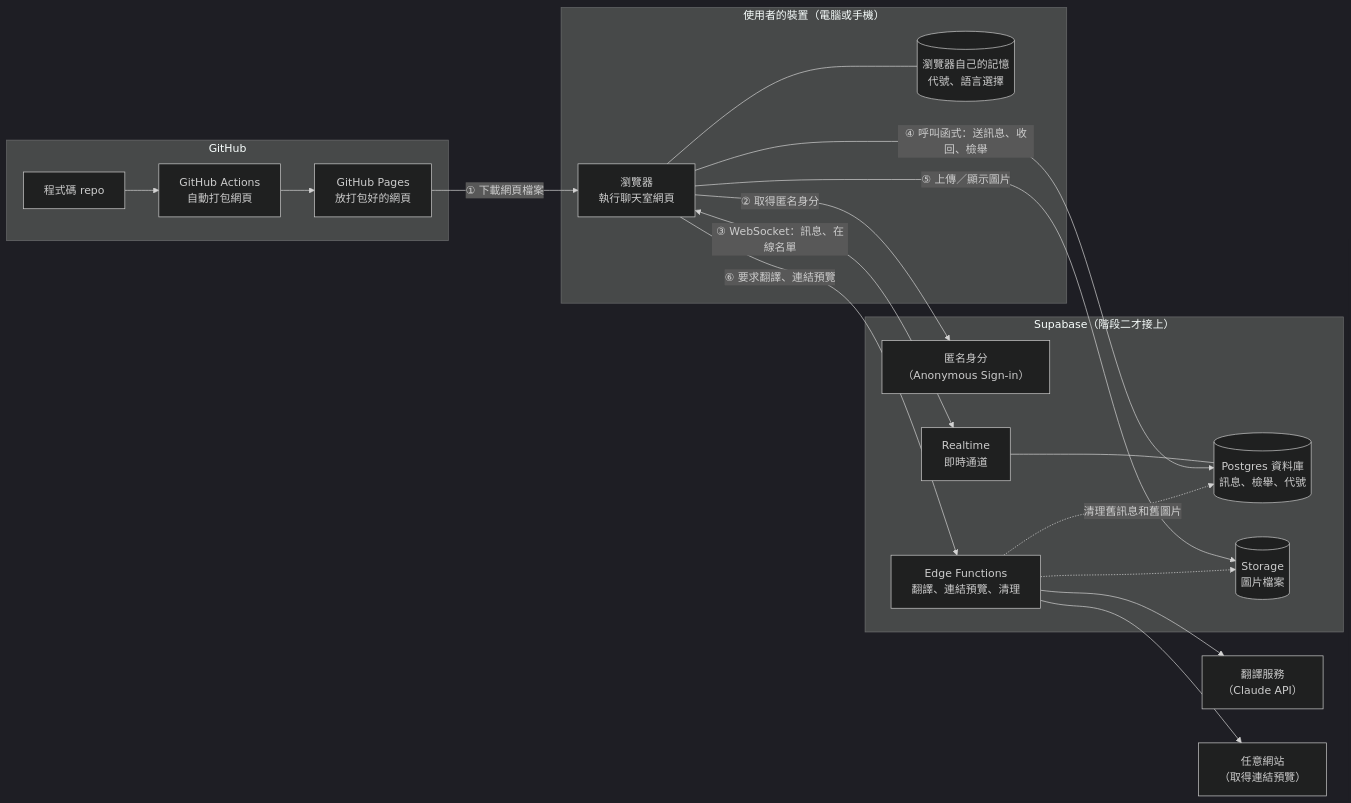
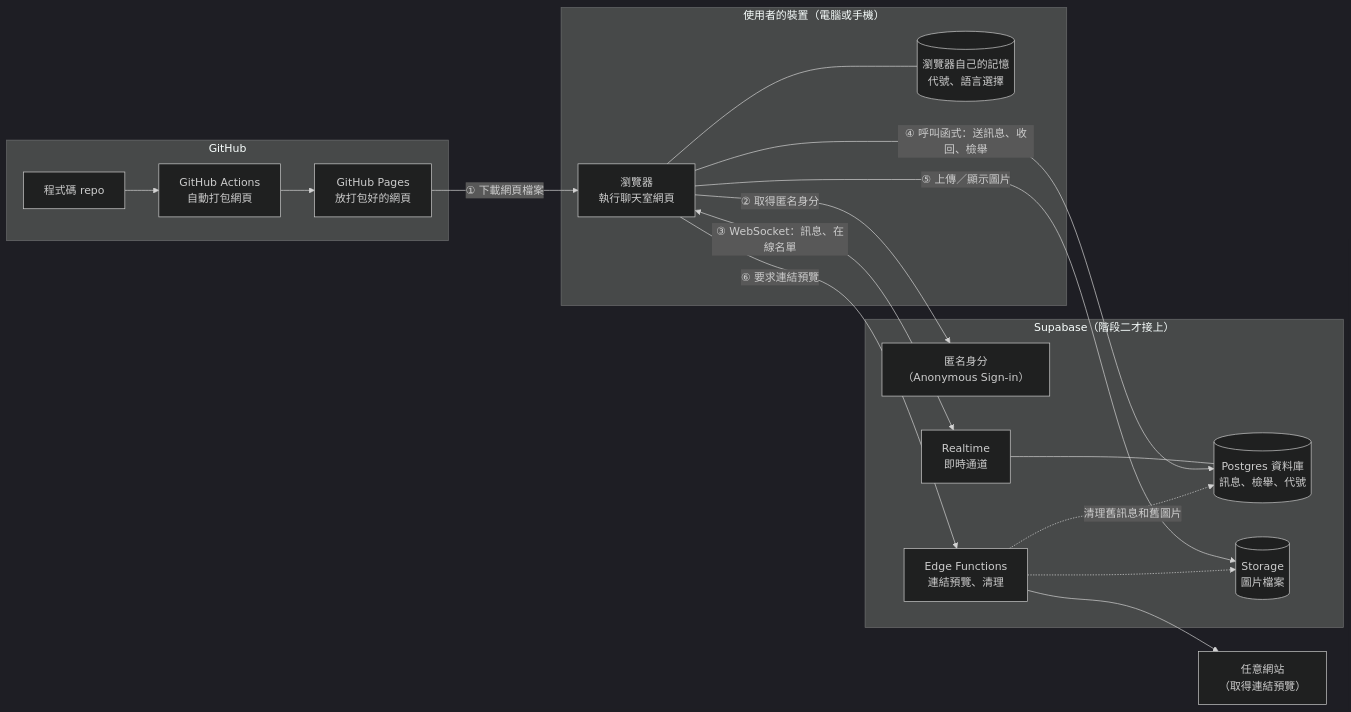
One commit to Hannah-061/Homework2 changed the first of 5 diagrams in docs/architecture.md. Above: the diagram before and after it, drawn with Mermaid (dark theme). The commit also changed other lines of this file and 24 other files, not shown here.

````diff
--- a/docs/architecture.md
+++ b/docs/architecture.md
@@ -69,38 +69,36 @@
 ```mermaid
 flowchart LR
     subgraph U["使用者的裝置（電腦或手機）"]
         B["瀏覽器<br/>執行聊天室網頁"]
         LS[("瀏覽器自己的記憶<br/>代號、語言選擇")]
         B --- LS
     end
 
     subgraph GH["GitHub"]
         REPO["程式碼 repo"]
         ACT["GitHub Actions<br/>自動打包網頁"]
         PAGES["GitHub Pages<br/>放打包好的網頁"]
         REPO --> ACT --> PAGES
     end
 
     subgraph SB["Supabase（階段二才接上）"]
         AUTH["匿名身分<br/>（Anonymous Sign-in）"]
         RT["Realtime<br/>即時通道"]
         DB[("Postgres 資料庫<br/>訊息、檢舉、代號")]
         ST[("Storage<br/>圖片檔案")]
-        EF["Edge Functions<br/>翻譯、連結預覽、清理"]
+        EF["Edge Functions<br/>連結預覽、清理"]
         RT --- DB
     end
 
-    EXT1["翻譯服務<br/>（Claude API）"]
     EXT2["任意網站<br/>（取得連結預覽）"]
 
     PAGES -- "① 下載網頁檔案" --> B
     B -- "② 取得匿名身分" --> AUTH
     B <-- "③ WebSocket：訊息、在線名單" --> RT
     B -- "④ 呼叫函式：送訊息、收回、檢舉" --> DB
     B -- "⑤ 上傳／顯示圖片" --> ST
-    B -- "⑥ 要求翻譯、連結預覽" --> EF
-    EF --> EXT1
+    B -- "⑥ 要求連結預覽" --> EF
     EF --> EXT2
     EF -. "清理舊訊息和舊圖片" .-> DB
     EF -.-> ST
 ```
````
